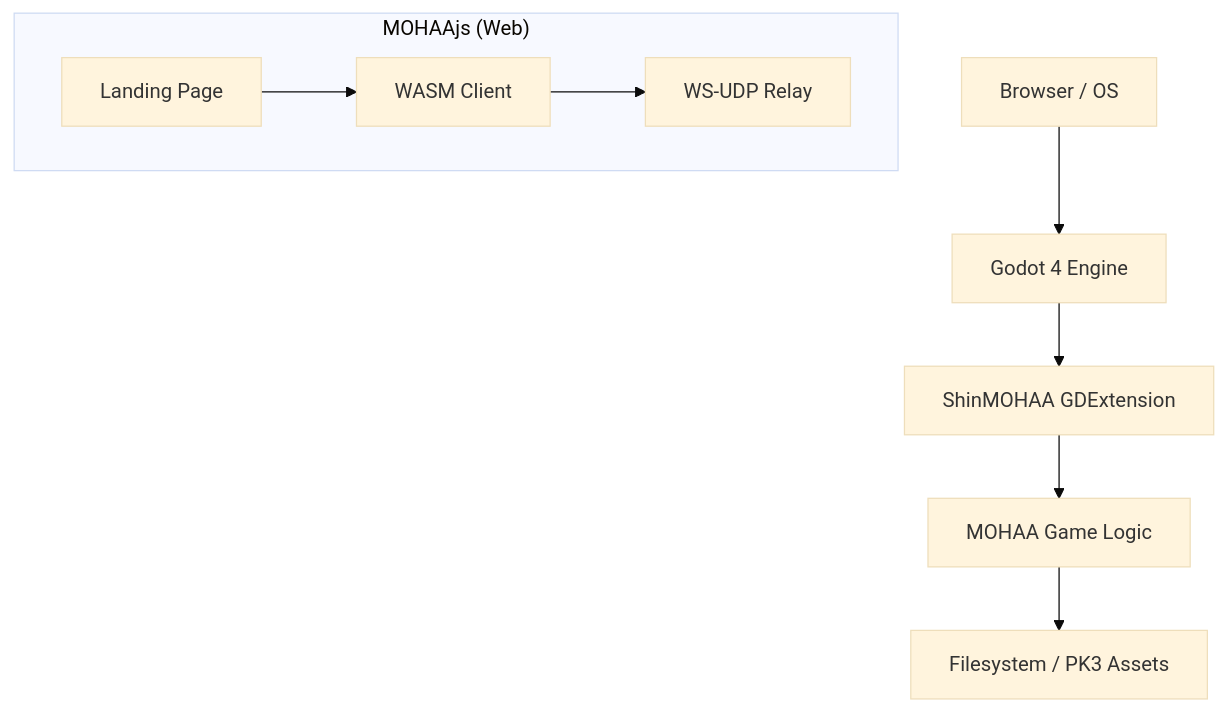
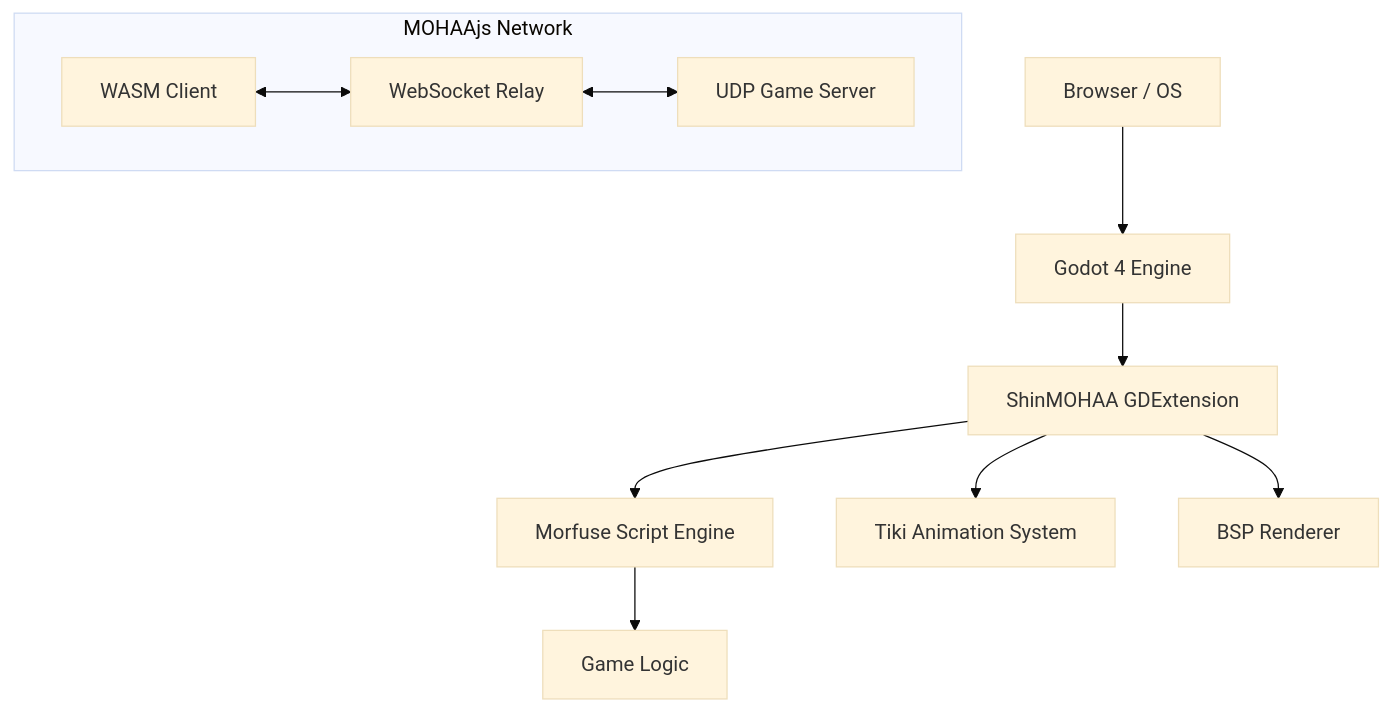
The diagram in README.md (elgansayer/opm-godot), drawn with Mermaid (base theme) before and after one commit. The commit also changed other lines of this file, not shown here.

````diff
--- a/README.md
+++ b/README.md
@@ -40,11 +40,13 @@
 ```mermaid
 graph TD
     A[Browser / OS] --> B[Godot 4 Engine]
     B --> C[ShinMOHAA GDExtension]
-    C --> D[MOHAA Game Logic]
-    D --> E[Filesystem / PK3 Assets]
-    subgraph "MOHAAjs (Web)"
-    F[Landing Page] --> G[WASM Client]
-    G --> H[WS-UDP Relay]
+    C --> D[Morfuse Script Engine]
+    C --> E[Tiki Animation System]
+    C --> F[BSP Renderer]
+    D --> G[Game Logic]
+    subgraph "MOHAAjs Network"
+    H[WASM Client] <--> I[WebSocket Relay]
+    I <--> J[UDP Game Server]
     end
 ```
````
